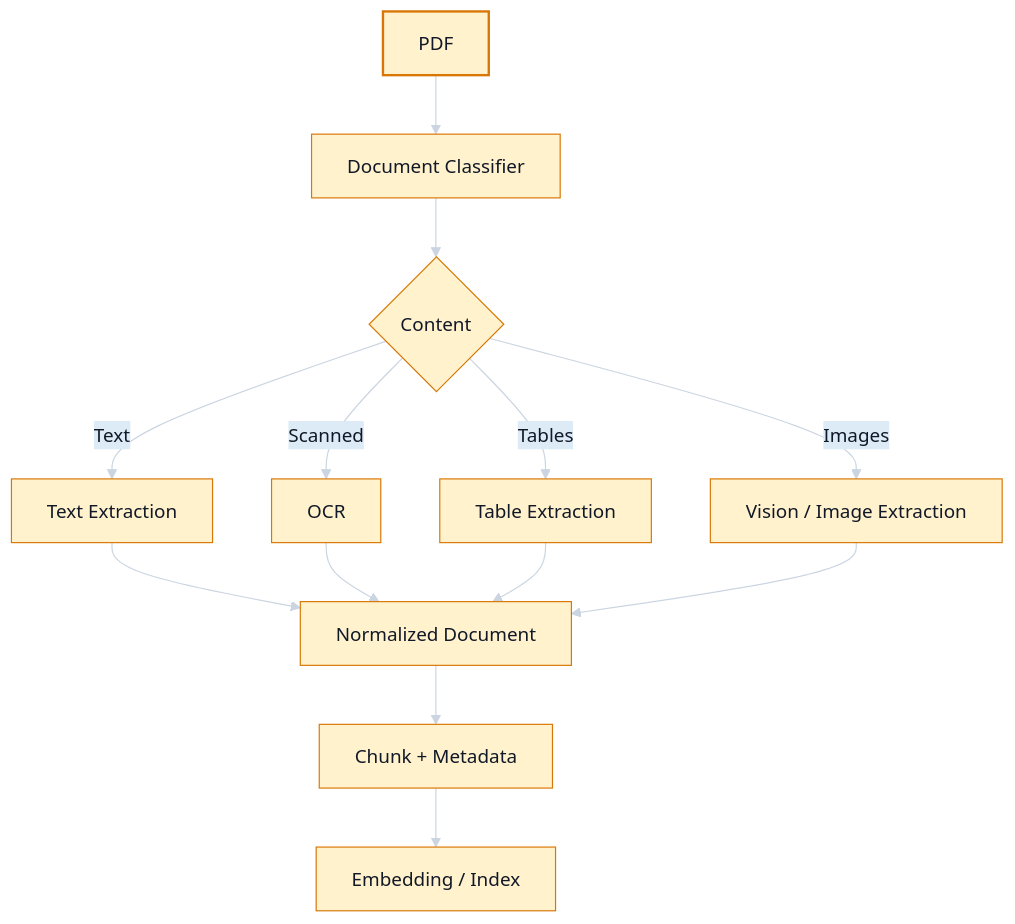
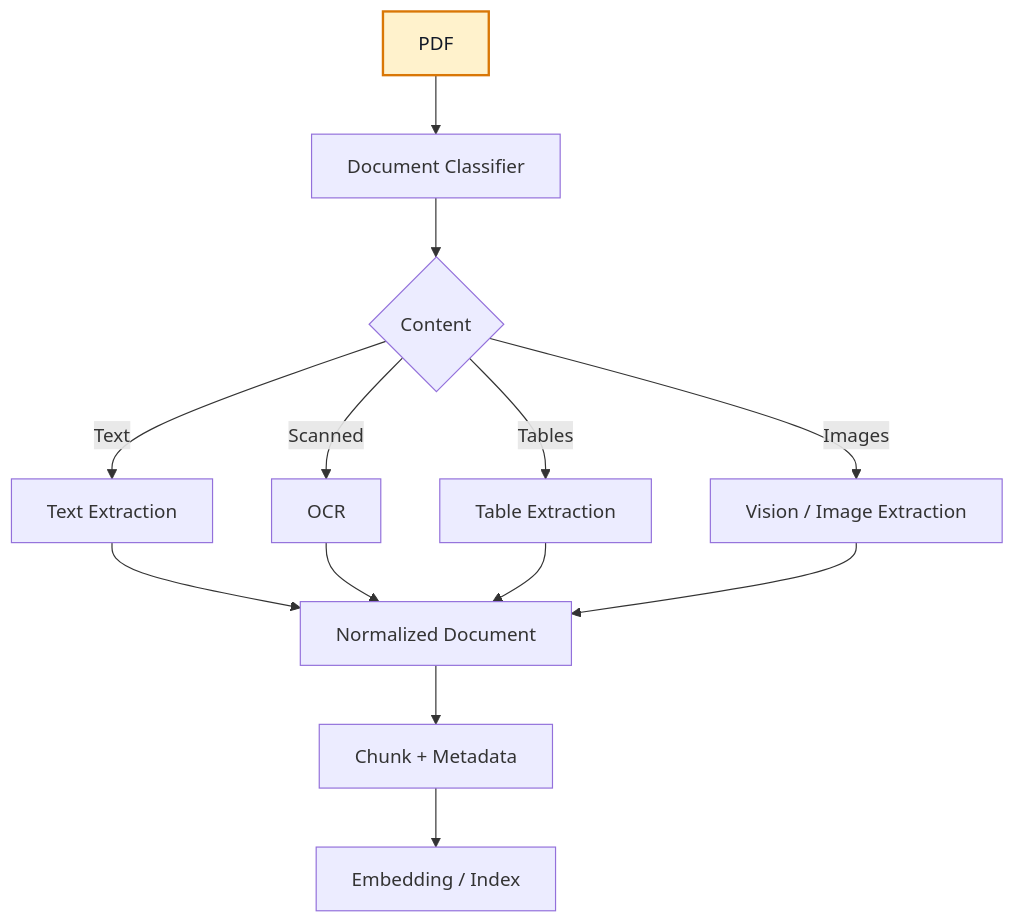
Before and after one commit to azam123/awesome-ai-engineer: the eighth of 26 diagrams in AI-Engineer-Interview-Questions-2026.md, drawn with Mermaid. The commit also changed other lines of this file, not shown here.

Commit message:
docs: fix GitHub Mermaid rendering compatibility

````diff
--- a/AI-Engineer-Interview-Questions-2026.md
+++ b/AI-Engineer-Interview-Questions-2026.md
@@ -626,20 +619,19 @@
 ```mermaid
 flowchart TD
-%%{init: {"theme":"base","themeVariables":{"background":"#111827","primaryColor":"#FFF2CC","primaryTextColor":"#111827","primaryBorderColor":"#D97706","lineColor":"#CBD5E1","secondaryColor":"#DDEBF7","secondaryTextColor":"#111827","secondaryBorderColor":"#2563EB","tertiaryColor":"#E2F0D9","tertiaryTextColor":"#111827","tertiaryBorderColor":"#15803D","noteBkgColor":"#FFF2CC","noteTextColor":"#111827","noteBorderColor":"#D97706","actorBkg":"#DDEBF7","actorBorder":"#2563EB","actorTextColor":"#111827","signalColor":"#E5E7EB","signalTextColor":"#111827","labelBoxBkgColor":"#FFF2CC","labelBoxBorderColor":"#D97706","labelTextColor":"#111827"}}}%%
+A[PDF] --> B[Document Classifier]
+B --> C{Content}
+C -->|Text| D[Text Extraction]
+C -->|Scanned| E[OCR]
+C -->|Tables| F[Table Extraction]
+C -->|Images| G[Vision / Image Extraction]
+D --> H[Normalized Document]
+E --> H
+F --> H
+G --> H
+H --> I[Chunk + Metadata]
+I --> J[Embedding / Index]
+class A yellow
 classDef yellow fill:#FFF2CC,stroke:#D97706,stroke-width:2px,color:#111827;
 classDef blue fill:#DDEBF7,stroke:#2563EB,stroke-width:2px,color:#111827;
 classDef green fill:#E2F0D9,stroke:#15803D,stroke-width:2px,color:#111827;
-    A[PDF] --> B[Document Classifier]
-    B --> C{Content}
-    C -->|Text| D[Text Extraction]
-    C -->|Scanned| E[OCR]
-    C -->|Tables| F[Table Extraction]
-    C -->|Images| G[Vision / Image Extraction]
-    D --> H[Normalized Document]
-    E --> H
-    F --> H
-    G --> H
-    H --> I[Chunk + Metadata]
-    I --> J[Embedding / Index]
-    class A yellow;
 ```
````
